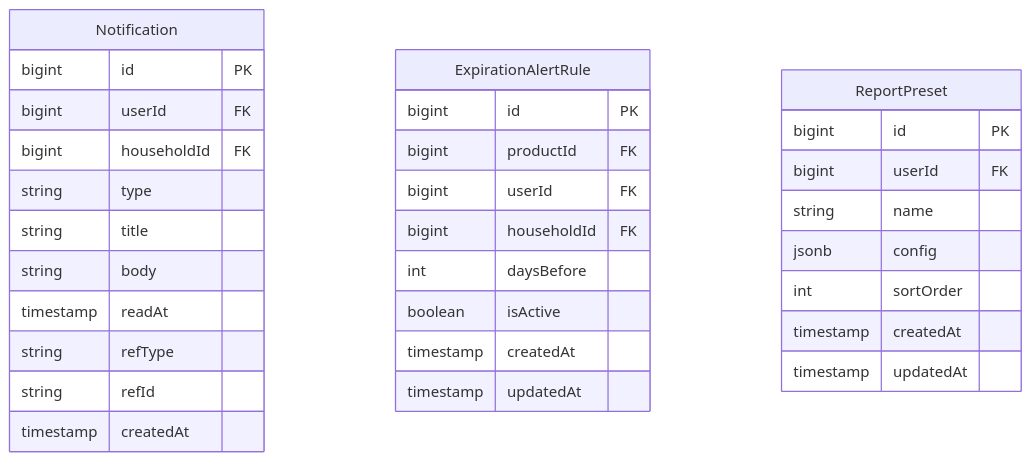
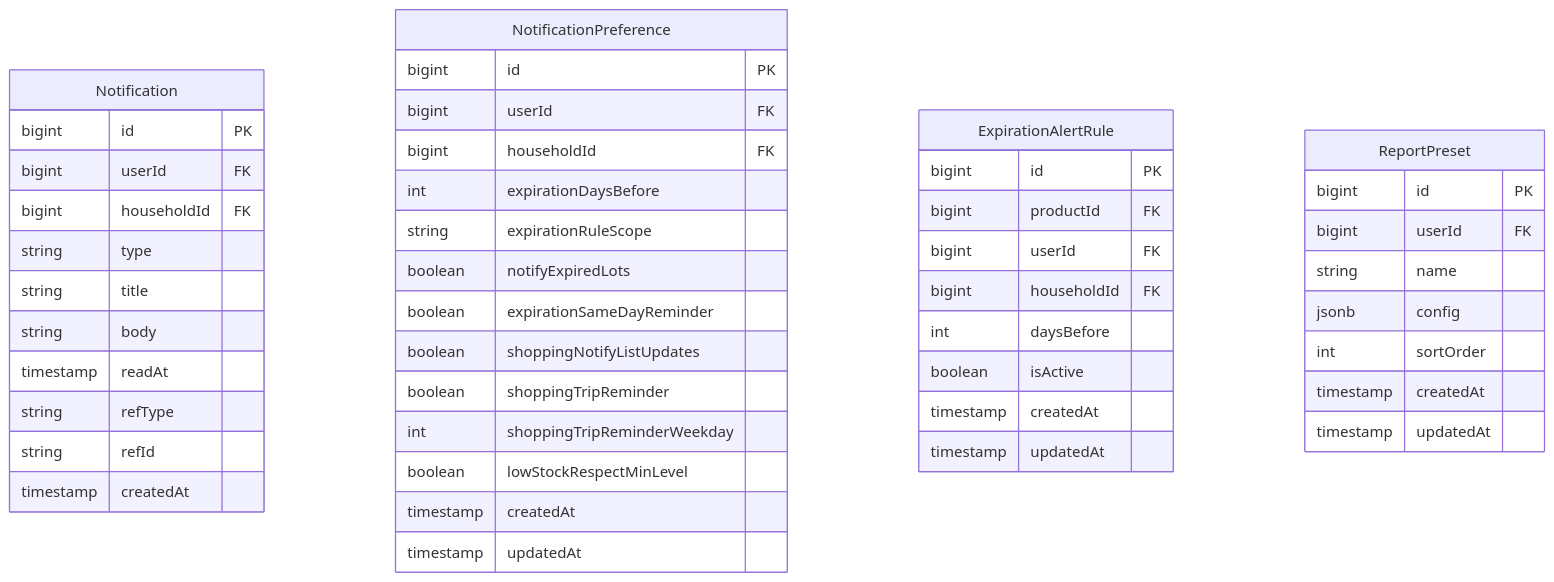
The seventh of 7 diagrams in docs/v2/entity-logical-design.md (wukdddang/home-inventory-manager), drawn with Mermaid before and after one commit. The commit also changed other lines of this file and 7 other files, not shown here.

First line of the commit message:
feat: 카탈로그 Household-scoped 및 NotificationPreference 테이블 추가

````diff
--- a/docs/v2/entity-logical-design.md
+++ b/docs/v2/entity-logical-design.md
@@ -274,34 +287,49 @@
 ```mermaid
 erDiagram
     Notification {
         bigint id PK
         bigint userId FK
         bigint householdId FK
         string type
         string title
         string body
         timestamp readAt
         string refType
         string refId
         timestamp createdAt
+    }
+    NotificationPreference {
+        bigint id PK
+        bigint userId FK
+        bigint householdId FK
+        int expirationDaysBefore
+        string expirationRuleScope
+        boolean notifyExpiredLots
+        boolean expirationSameDayReminder
+        boolean shoppingNotifyListUpdates
+        boolean shoppingTripReminder
+        int shoppingTripReminderWeekday
+        boolean lowStockRespectMinLevel
+        timestamp createdAt
+        timestamp updatedAt
     }
     ExpirationAlertRule {
         bigint id PK
         bigint productId FK
         bigint userId FK
         bigint householdId FK
         int daysBefore
         boolean isActive
         timestamp createdAt
         timestamp updatedAt
     }
     ReportPreset {
         bigint id PK
         bigint userId FK
         string name
         jsonb config
         int sortOrder
         timestamp createdAt
         timestamp updatedAt
     }
 ```
````
